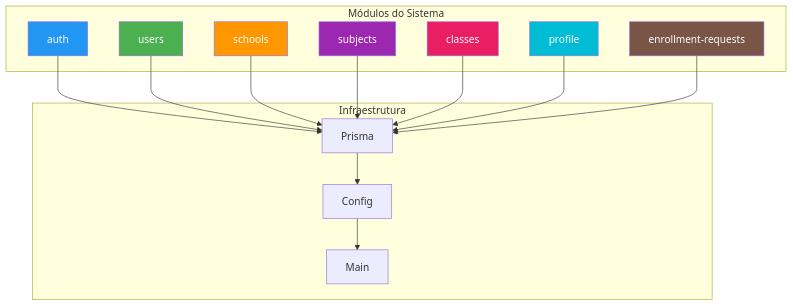
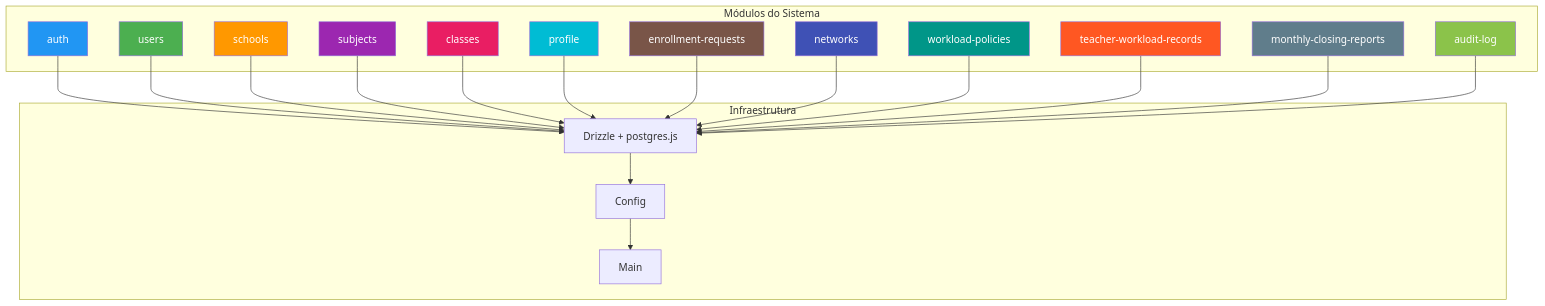
The seventh of 8 diagrams in docs/09-setup-config.md (TROCA-AULA/troca-aula-backend), drawn with Mermaid before and after one commit. The commit also changed other lines of this file and 9 other files, not shown here.

````diff
--- a/docs/09-setup-config.md
+++ b/docs/09-setup-config.md
@@ -430,37 +443,52 @@
 ```mermaid
 graph TB
     subgraph "Módulos do Sistema"
         M1[auth]
         M2[users]
         M3[schools]
         M4[subjects]
         M5[classes]
         M6[profile]
         M7[enrollment-requests]
+        M8[networks]
+        M9[workload-policies]
+        M10[teacher-workload-records]
+        M11[monthly-closing-reports]
+        M12[audit-log]
     end
     
     subgraph "Infraestrutura"
-        I1[Prisma]
+        I1[Drizzle + postgres.js]
         I2[Config]
         I3[Main]
     end
     
     M1 --> I1
     M2 --> I1
     M3 --> I1
     M4 --> I1
     M5 --> I1
     M6 --> I1
     M7 --> I1
+    M8 --> I1
+    M9 --> I1
+    M10 --> I1
+    M11 --> I1
+    M12 --> I1
     
     I1 --> I2
     I2 --> I3
     
     style M1 fill:#2196F3,color:#fff
     style M2 fill:#4CAF50,color:#fff
     style M3 fill:#FF9800,color:#fff
     style M4 fill:#9C27B0,color:#fff
     style M5 fill:#E91E63,color:#fff
     style M6 fill:#00BCD4,color:#fff
     style M7 fill:#795548,color:#fff
+    style M8 fill:#3F51B5,color:#fff
+    style M9 fill:#009688,color:#fff
+    style M10 fill:#FF5722,color:#fff
+    style M11 fill:#607D8B,color:#fff
+    style M12 fill:#8BC34A,color:#fff
 ```
````
